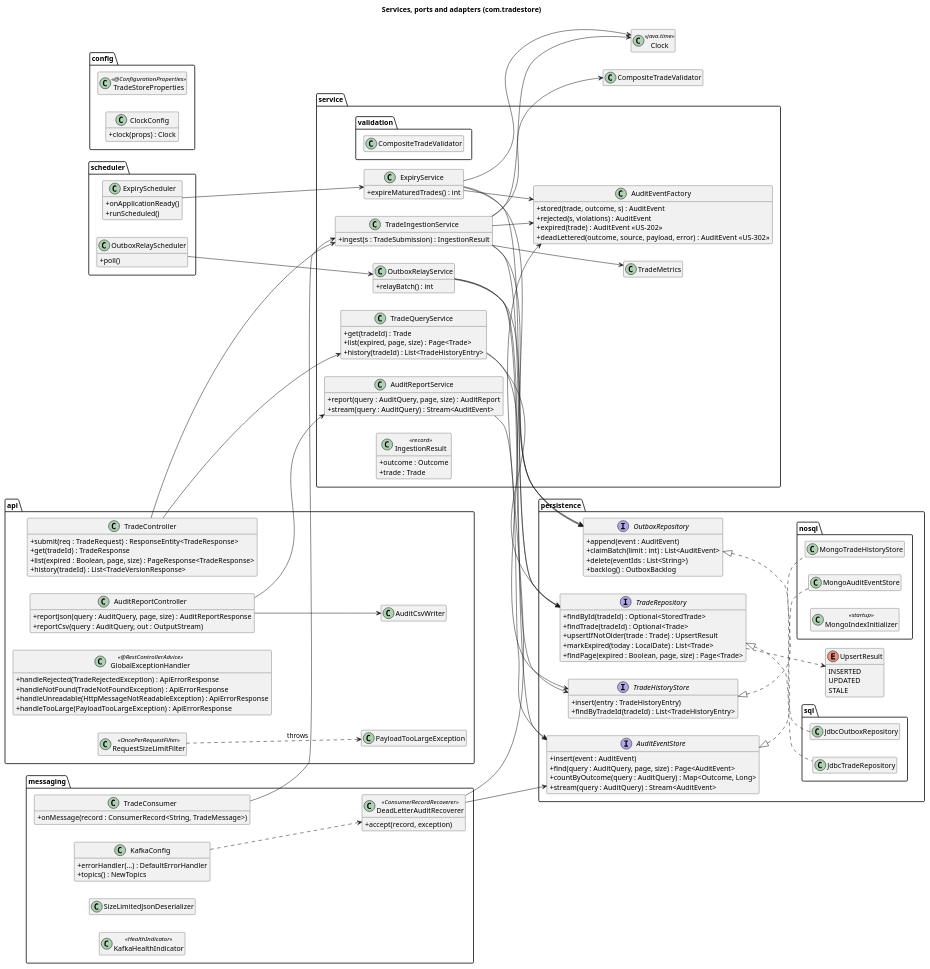
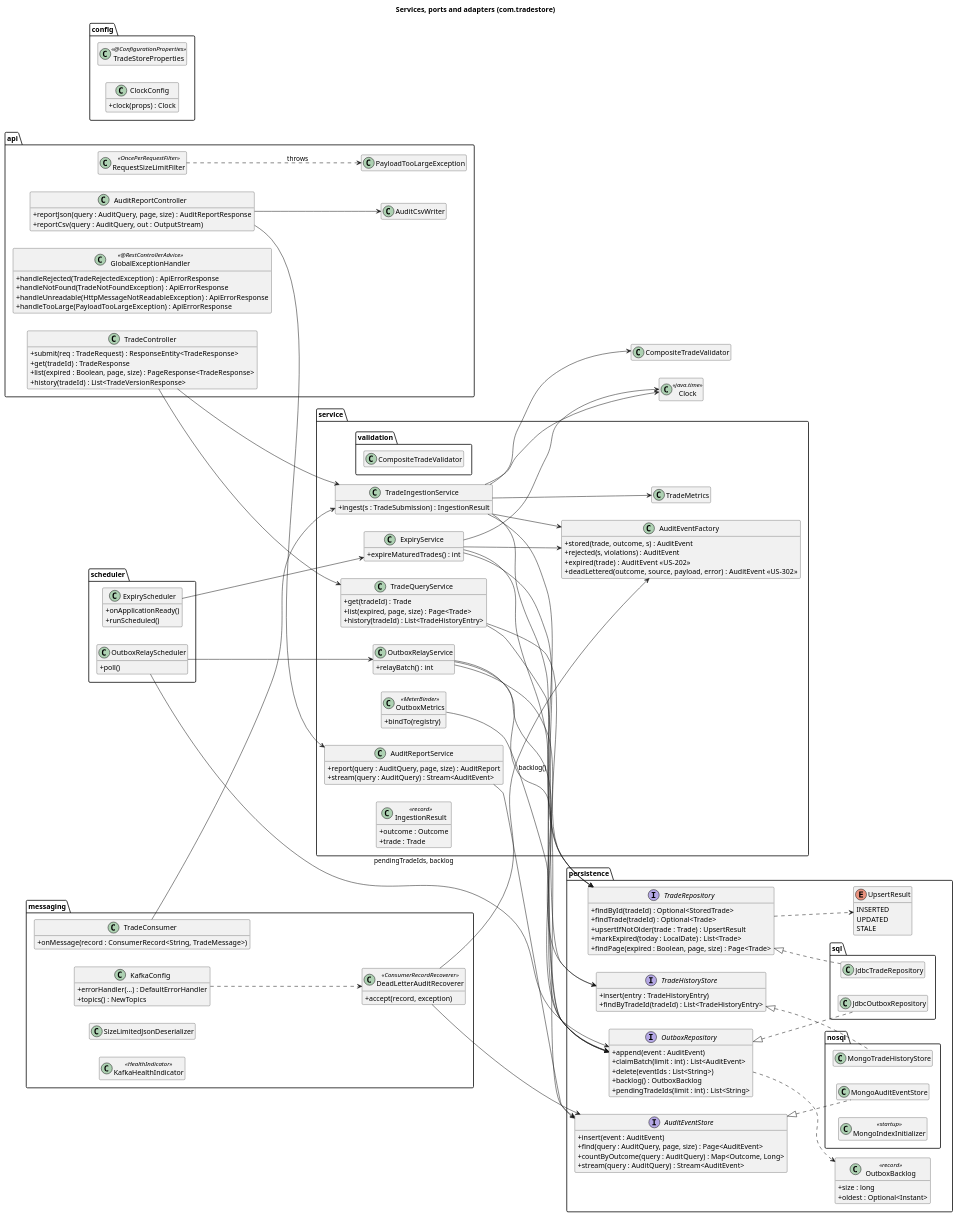
Before and after one commit to kuldipkumar/Trade-store: the diagram in docs/diagrams/05-class-components.puml, drawn with PlantUML. The commit also changed 5 other files, not shown here.

First line of the commit message:
test: US-501 address review: exact allow-list over getMethods(); test name; class diagram; PROMPTS entry

```diff
--- a/docs/diagrams/05-class-components.puml
+++ b/docs/diagrams/05-class-components.puml
@@ -1,175 +1,186 @@
 @startuml 05-class-components
 title Services, ports and adapters (com.tradestore)
 
 skinparam classAttributeIconSize 0
 hide empty members
 left to right direction
 
 package "api" {
   class TradeController {
     + submit(req : TradeRequest) : ResponseEntity<TradeResponse>
     + get(tradeId) : TradeResponse
     + list(expired : Boolean, page, size) : PageResponse<TradeResponse>
     + history(tradeId) : List<TradeVersionResponse>
   }
   class AuditReportController {
     + reportJson(query : AuditQuery, page, size) : AuditReportResponse
     + reportCsv(query : AuditQuery, out : OutputStream)
   }
   class GlobalExceptionHandler <<@RestControllerAdvice>> {
     + handleRejected(TradeRejectedException) : ApiErrorResponse
     + handleNotFound(TradeNotFoundException) : ApiErrorResponse
     + handleUnreadable(HttpMessageNotReadableException) : ApiErrorResponse
     + handleTooLarge(PayloadTooLargeException) : ApiErrorResponse
   }
   class RequestSizeLimitFilter <<OncePerRequestFilter>>
   class AuditCsvWriter
   class PayloadTooLargeException
   RequestSizeLimitFilter ..> PayloadTooLargeException : throws
 }
 
 package "messaging" {
   class TradeConsumer {
     + onMessage(record : ConsumerRecord<String, TradeMessage>)
   }
   class KafkaConfig {
     + errorHandler(...) : DefaultErrorHandler
     + topics() : NewTopics
   }
   class SizeLimitedJsonDeserializer
   class DeadLetterAuditRecoverer <<ConsumerRecordRecoverer>> {
     + accept(record, exception)
   }
   class KafkaHealthIndicator <<HealthIndicator>>
 }
 
 package "service" {
   class TradeIngestionService {
     + ingest(s : TradeSubmission) : IngestionResult
   }
   class TradeQueryService {
     + get(tradeId) : Trade
     + list(expired, page, size) : Page<Trade>
     + history(tradeId) : List<TradeHistoryEntry>
   }
   class ExpiryService {
     + expireMaturedTrades() : int
   }
   class OutboxRelayService {
     + relayBatch() : int
   }
   class AuditReportService {
     + report(query : AuditQuery, page, size) : AuditReport
     + stream(query : AuditQuery) : Stream<AuditEvent>
   }
   class AuditEventFactory {
     + stored(trade, outcome, s) : AuditEvent
     + rejected(s, violations) : AuditEvent
     + expired(trade) : AuditEvent  <<US-202>>
     + deadLettered(outcome, source, payload, error) : AuditEvent  <<US-302>>
   }
   class TradeMetrics
+  class OutboxMetrics <<MeterBinder>> {
+    + bindTo(registry)
+  }
   class IngestionResult <<record>> {
     + outcome : Outcome
     + trade : Trade
   }
 }
 
 package "persistence" {
   interface TradeRepository {
     + findById(tradeId) : Optional<StoredTrade>
     + findTrade(tradeId) : Optional<Trade>
     + upsertIfNotOlder(trade : Trade) : UpsertResult
     + markExpired(today : LocalDate) : List<Trade>
     + findPage(expired : Boolean, page, size) : Page<Trade>
   }
   enum UpsertResult {
     INSERTED
     UPDATED
     STALE
   }
   interface OutboxRepository {
     + append(event : AuditEvent)
     + claimBatch(limit : int) : List<AuditEvent>
     + delete(eventIds : List<String>)
     + backlog() : OutboxBacklog
+    + pendingTradeIds(limit : int) : List<String>
   }
+  class OutboxBacklog <<record>> {
+    + size : long
+    + oldest : Optional<Instant>
+  }
+  OutboxRepository ..> OutboxBacklog
   interface AuditEventStore {
     + insert(event : AuditEvent)
     + find(query : AuditQuery, page, size) : Page<AuditEvent>
     + countByOutcome(query : AuditQuery) : Map<Outcome, Long>
     + stream(query : AuditQuery) : Stream<AuditEvent>
   }
   interface TradeHistoryStore {
     + insert(entry : TradeHistoryEntry)
     + findByTradeId(tradeId) : List<TradeHistoryEntry>
   }
 
   package "sql" {
     class JdbcTradeRepository
     class JdbcOutboxRepository
   }
   package "nosql" {
     class MongoAuditEventStore
     class MongoTradeHistoryStore
     class MongoIndexInitializer <<startup>>
   }
 }
 
 package "scheduler" {
   class ExpiryScheduler {
     + onApplicationReady()
     + runScheduled()
   }
   class OutboxRelayScheduler {
     + poll()
   }
 }
 
 package "config" {
   class TradeStoreProperties <<@ConfigurationProperties>>
   class ClockConfig {
     + clock(props) : Clock
   }
 }
 
 TradeController --> TradeIngestionService
 TradeController --> TradeQueryService
 AuditReportController --> AuditReportService
 AuditReportController --> AuditCsvWriter
 TradeConsumer --> TradeIngestionService
 KafkaConfig ..> DeadLetterAuditRecoverer
 DeadLetterAuditRecoverer --> AuditEventStore
 DeadLetterAuditRecoverer --> AuditEventFactory
 
 TradeIngestionService --> CompositeTradeValidator
 TradeIngestionService --> TradeRepository
 TradeIngestionService --> OutboxRepository
 TradeIngestionService --> AuditEventFactory
 TradeIngestionService --> TradeMetrics
 TradeIngestionService --> Clock
 TradeQueryService --> TradeRepository
 TradeQueryService --> TradeHistoryStore
 ExpiryService --> TradeRepository
 ExpiryService --> OutboxRepository
 ExpiryService --> AuditEventFactory
 ExpiryService --> Clock
 OutboxRelayService --> OutboxRepository
 OutboxRelayService --> AuditEventStore
 OutboxRelayService --> TradeHistoryStore
 AuditReportService --> AuditEventStore
 ExpiryScheduler --> ExpiryService
 OutboxRelayScheduler --> OutboxRelayService
+OutboxRelayScheduler --> OutboxRepository : pendingTradeIds, backlog
+OutboxMetrics --> OutboxRepository : backlog()
 
 TradeRepository <|.. JdbcTradeRepository
 OutboxRepository <|.. JdbcOutboxRepository
 AuditEventStore <|.. MongoAuditEventStore
 TradeHistoryStore <|.. MongoTradeHistoryStore
 TradeRepository ..> UpsertResult
 
 package "service.validation" {
   class CompositeTradeValidator
 }
 class Clock <<java.time>>
 
 @enduml
```
